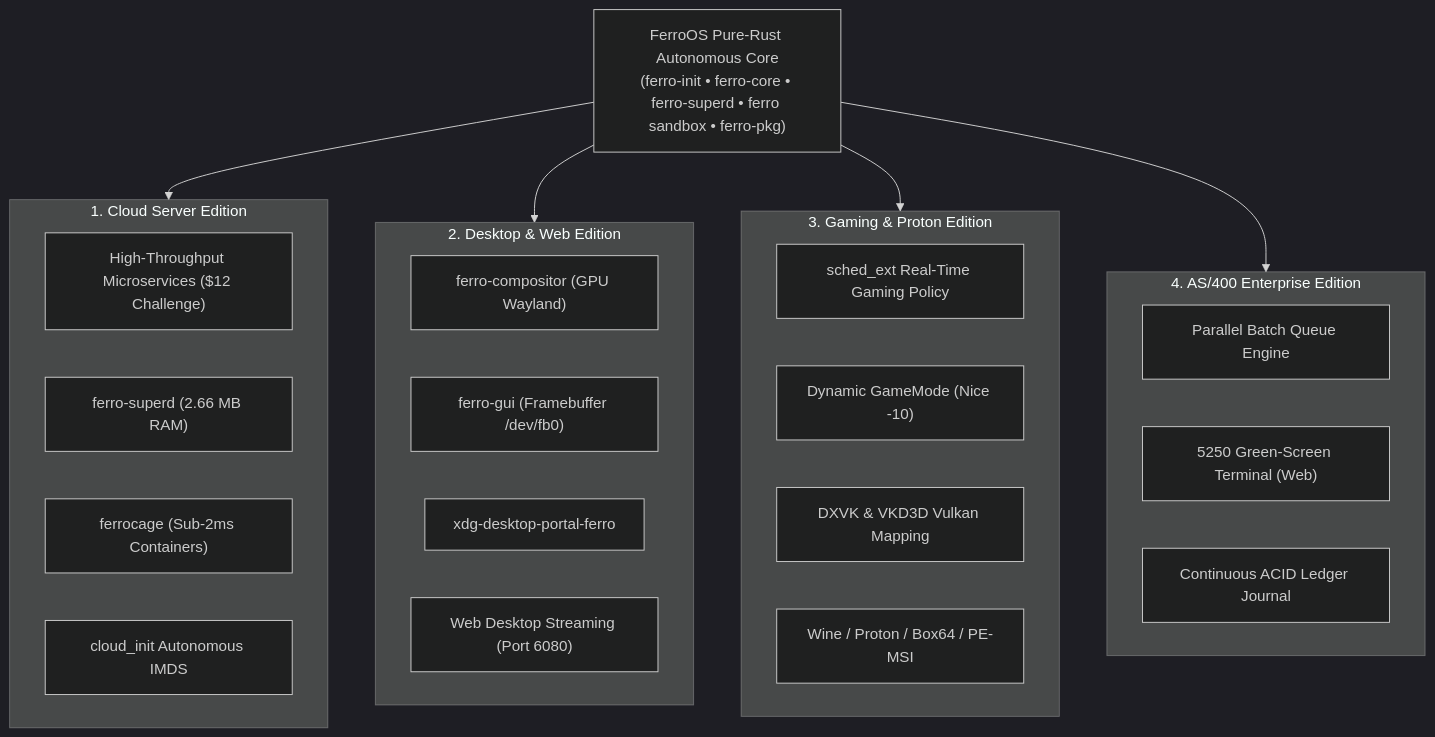
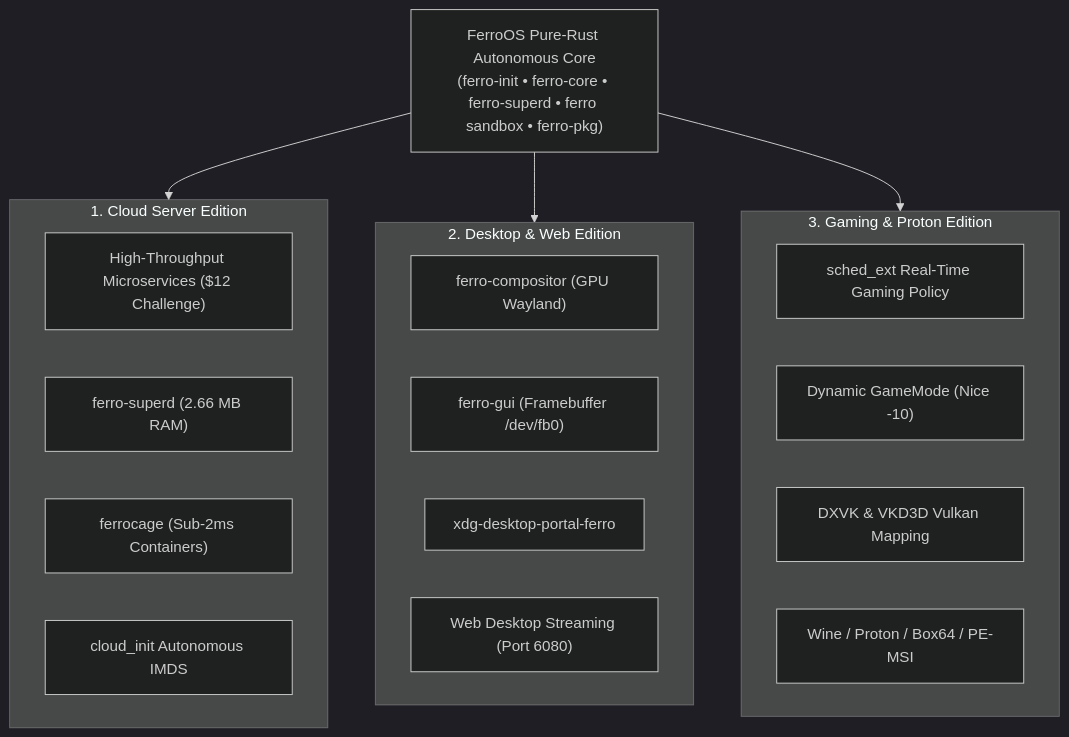
Before and after one commit to Praveen-1308/ferro-os: the second of 3 diagrams in docs/ARCHITECTURE.md, drawn with Mermaid (dark theme). The commit also changed other lines of this file and 25 other files, not shown here.

Commit message:
refactor: completely remove experimental AS/400 enterprise edition code, tools, telemetry and documentation

````diff
--- a/docs/ARCHITECTURE.md
+++ b/docs/ARCHITECTURE.md
@@ -136,36 +136,29 @@
 ```mermaid
 flowchart TD
     CORE["FerroOS Pure-Rust Autonomous Core\n(ferro-init • ferro-core • ferro-superd • ferro sandbox • ferro-pkg)"]
 
     subgraph E1 ["1. Cloud Server Edition"]
         C_SVC["High-Throughput Microservices ($12 Challenge)"]
         C_SUPER["ferro-superd (2.66 MB RAM)"]
         C_CAGE["ferrocage (Sub-2ms Containers)"]
         C_IMDS["cloud_init Autonomous IMDS"]
     end
 
     subgraph E2 ["2. Desktop & Web Edition"]
         D_COMP["ferro-compositor (GPU Wayland)"]
         D_GUI["ferro-gui (Framebuffer /dev/fb0)"]
         D_PORTAL["xdg-desktop-portal-ferro"]
         D_WEB["Web Desktop Streaming (Port 6080)"]
     end
 
     subgraph E3 ["3. Gaming & Proton Edition"]
         G_SCHED["sched_ext Real-Time Gaming Policy"]
         G_MODE["Dynamic GameMode (Nice -10)"]
         G_VULKAN["DXVK & VKD3D Vulkan Mapping"]
         G_WINE["Wine / Proton / Box64 / PE-MSI"]
     end
 
-    subgraph E4 ["4. AS/400 Enterprise Edition"]
-        A_BATCH["Parallel Batch Queue Engine"]
-        A_5250["5250 Green-Screen Terminal (Web)"]
-        A_LEDGER["Continuous ACID Ledger Journal"]
-    end
-
     CORE --> E1
     CORE --> E2
     CORE --> E3
-    CORE --> E4
 ```
````
